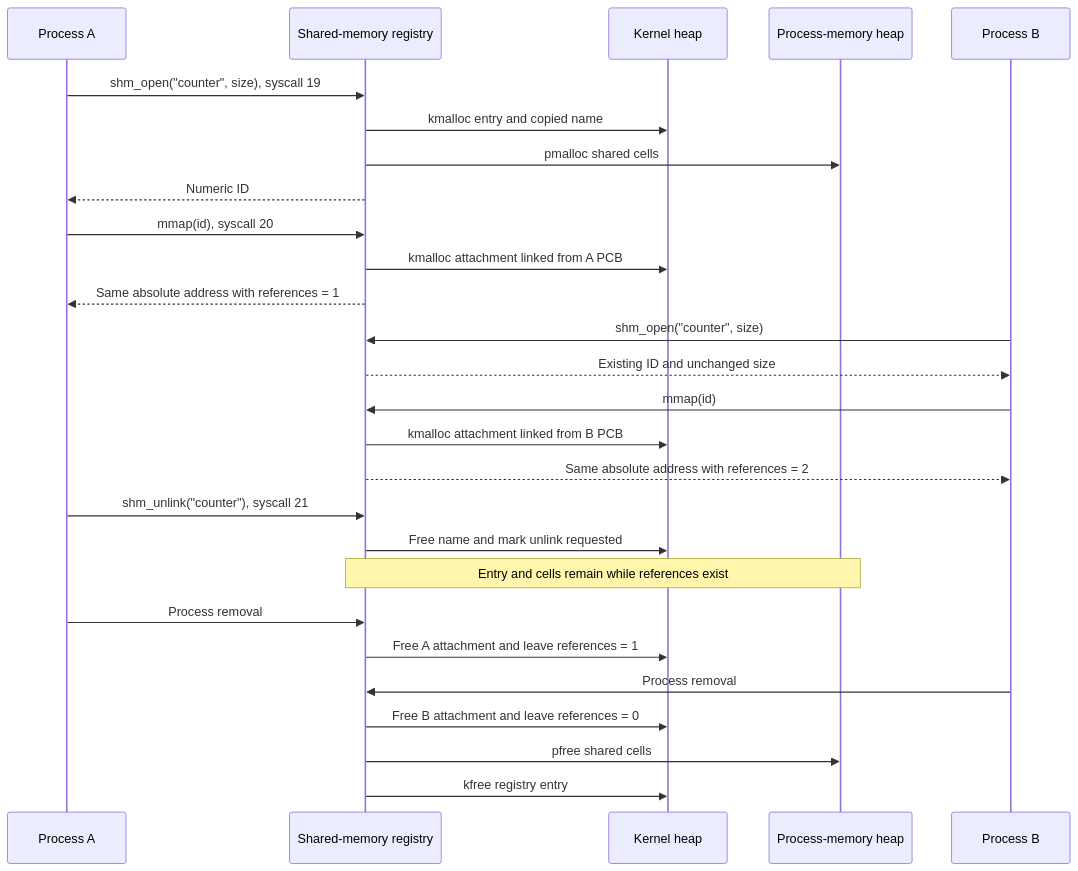
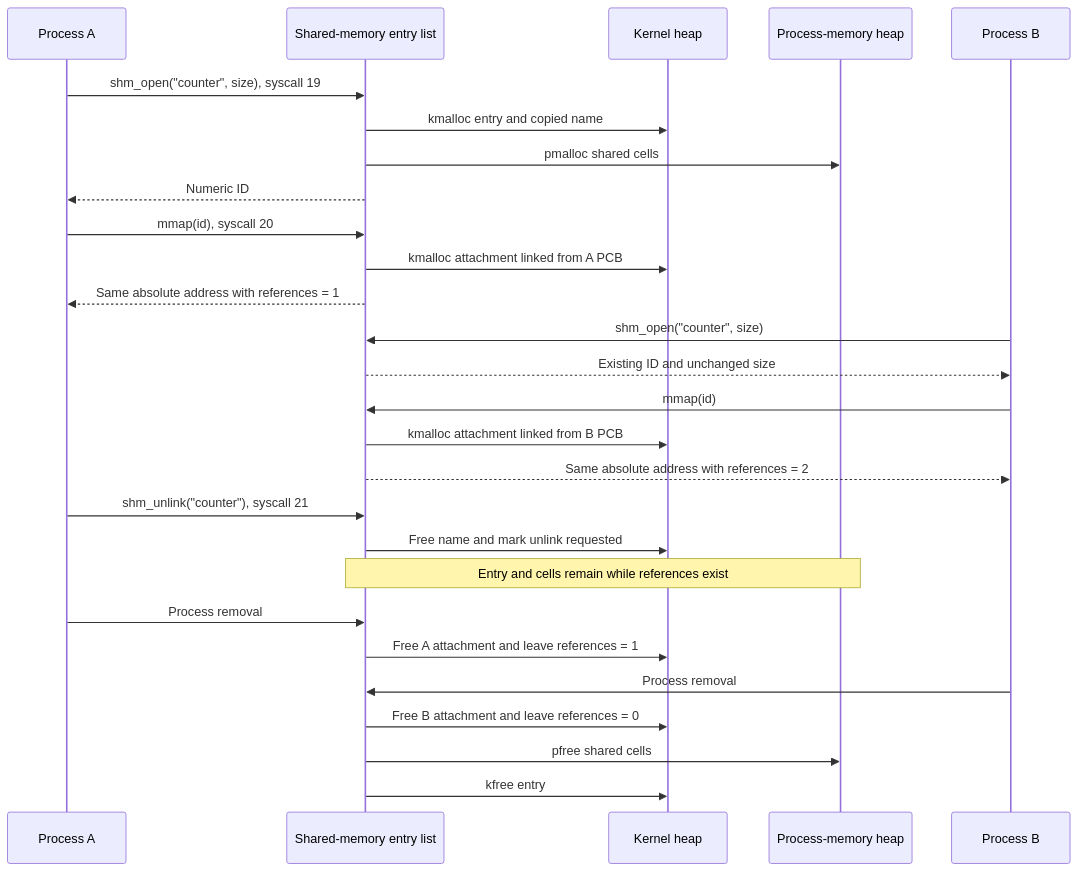
Diagram 11 of 31 in README.md (matthejue/Pico-OS), drawn with Mermaid before and after one commit. The commit also changed other lines of this file, not shown here.

Commit message:
documented the new no-escape-check write path and how the shell uses it. Clarified shared-memory entries, process attachments, mapping, and removal. Updated related function references and call information

````diff
--- a/README.md
+++ b/README.md
@@ -2115,30 +2206,30 @@
 ```mermaid
 sequenceDiagram
     participant A as Process A
-    participant K as Shared-memory registry
+    participant K as Shared-memory entry list
     participant KH as Kernel heap
     participant PM as Process-memory heap
     participant B as Process B
 
     A->>K: shm_open("counter", size), syscall 19
     K->>KH: kmalloc entry and copied name
     K->>PM: pmalloc shared cells
     K-->>A: Numeric ID
     A->>K: mmap(id), syscall 20
     K->>KH: kmalloc attachment linked from A PCB
     K-->>A: Same absolute address with references = 1
     B->>K: shm_open("counter", size)
     K-->>B: Existing ID and unchanged size
     B->>K: mmap(id)
     K->>KH: kmalloc attachment linked from B PCB
     K-->>B: Same absolute address with references = 2
     A->>K: shm_unlink("counter"), syscall 21
     K->>KH: Free name and mark unlink requested
     Note over K,PM: Entry and cells remain while references exist
     A->>K: Process removal
     K->>KH: Free A attachment and leave references = 1
     B->>K: Process removal
     K->>KH: Free B attachment and leave references = 0
     K->>PM: pfree shared cells
-    K->>KH: kfree registry entry
+    K->>KH: kfree entry
 ```
````
